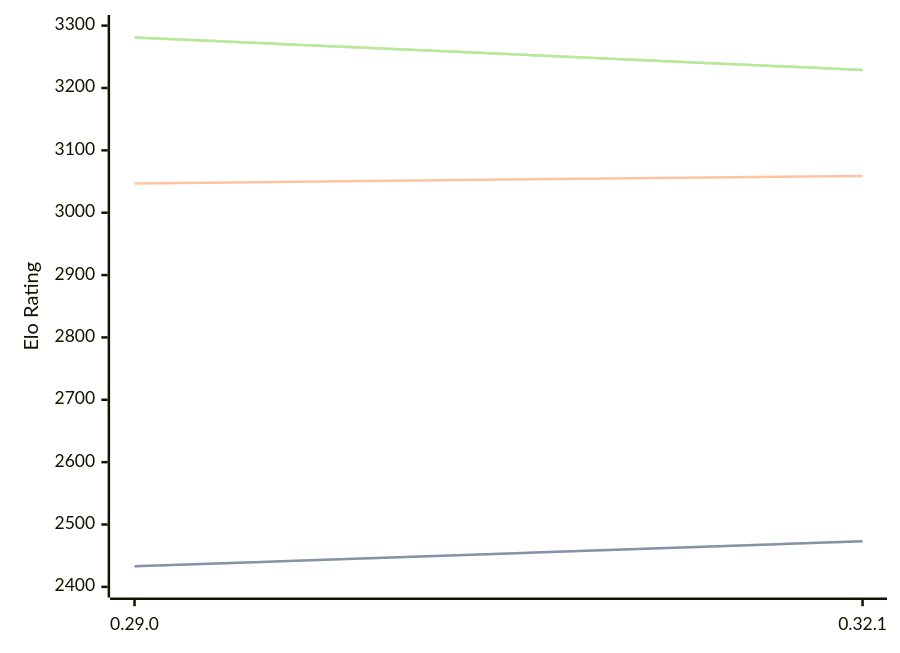
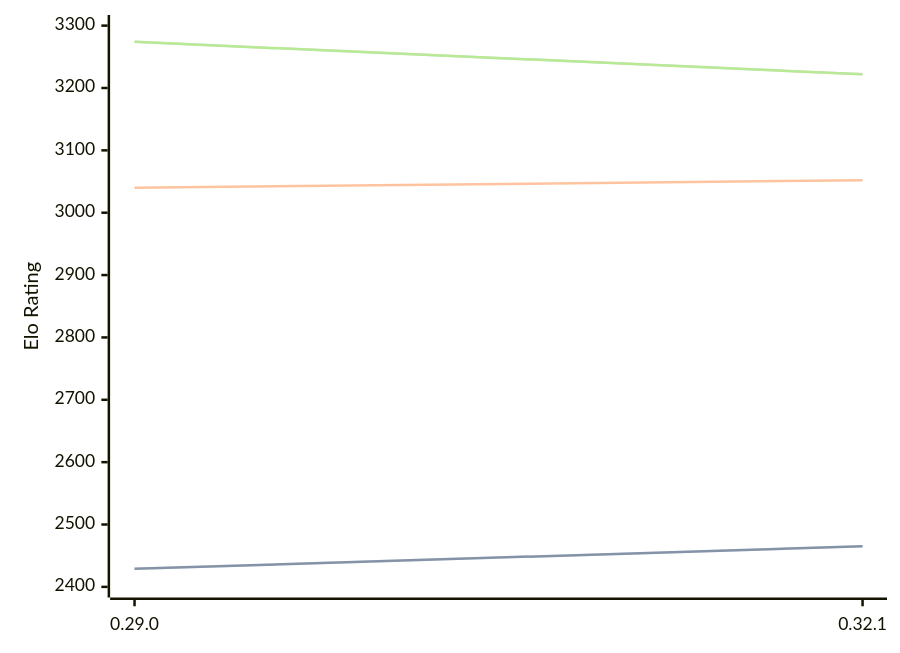
Before and after one commit to computer-chess-index/cci: the diagram in engines/Lc0.md, drawn with Mermaid. The commit also changed other lines of this file, not shown here.

Commit message:
Update CCI Ratings (ELO VLTC) - 2026-05-18

````diff
--- a/engines/Lc0.md
+++ b/engines/Lc0.md
@@ -68,11 +68,11 @@
 ```mermaid
 %%{init: {"theme":"base","themeVariables":{"seriesColors:['#a3a3a3','#222221','#faa371']}}}%%
 xychart-beta
   x-axis ["0.29.0", "0.32.1"]
   y-axis "Elo Rating" 2400 --> 3300
-  line "STC (8.0+0.08s)" [2433, 2473]
-  line "STC (8.0+0.08s)" [2433, 2473]
-  line "LTC (60.0+0.60s)" [3047, 3059]
-  line "VLTC (2m24s+1.12s)" [3281, 3229]
-  line "VLTC (2m24s+1.12s)" [3281, 3229]
+  line "STC (8.0+0.08s)" [2429, 2465]
+  line "STC (8.0+0.08s)" [2429, 2465]
+  line "LTC (60.0+0.60s)" [3040, 3052]
+  line "VLTC (2m24s+1.12s)" [3274, 3222]
+  line "VLTC (2m24s+1.12s)" [3274, 3222]
 ```
````
